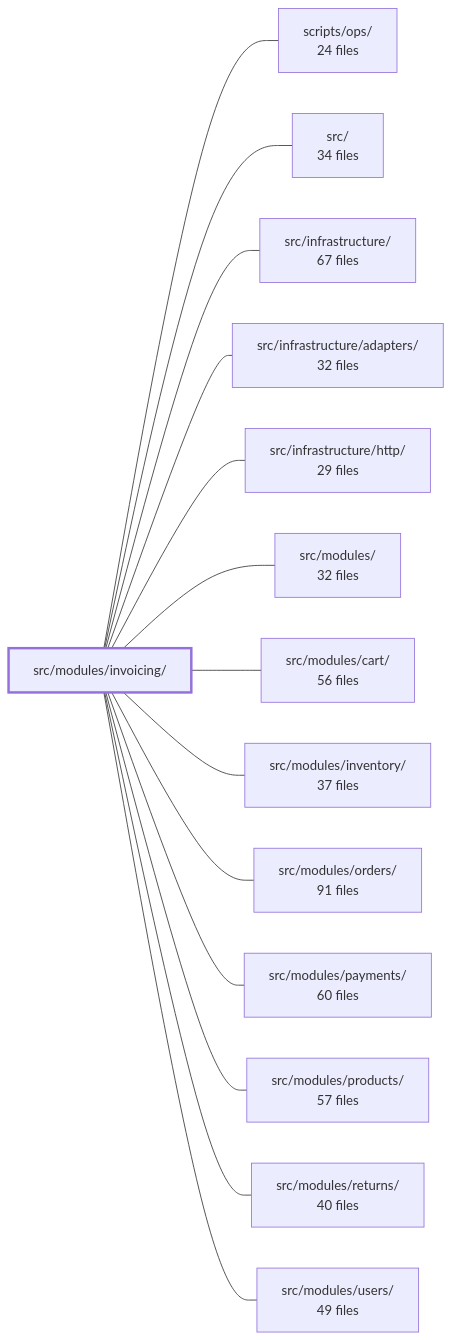
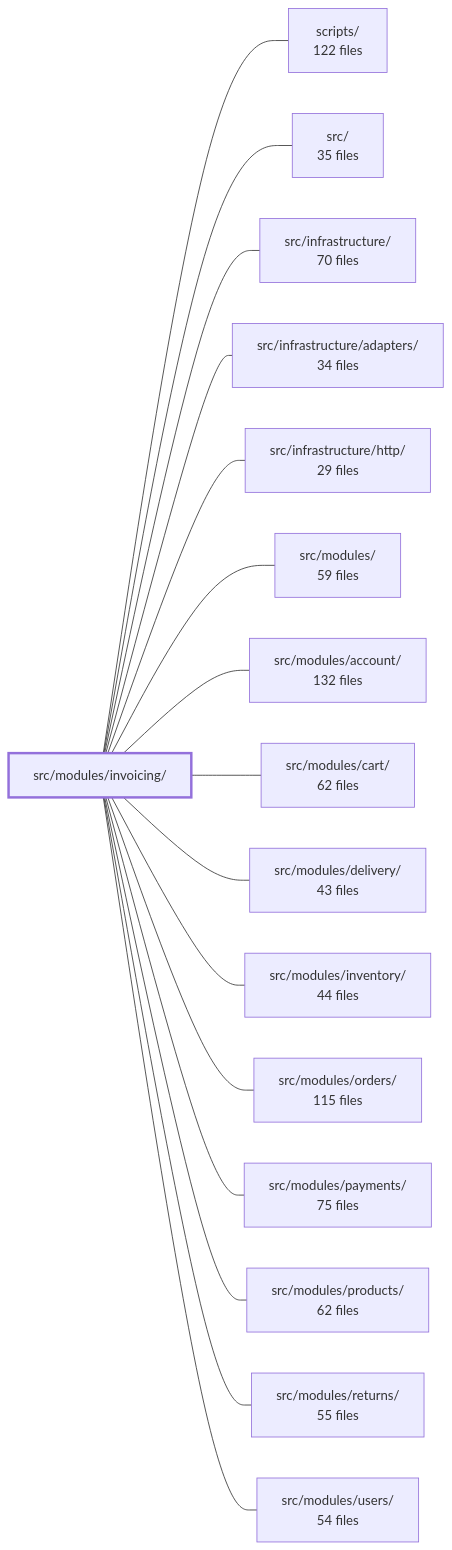
Before and after one commit to Guebbit/boilerplate-node-backend: the diagram in .2brain/modules/boilerplate-node-backend_src_modules_invoicing.md, drawn with Mermaid. The commit also changed other lines of this file and 627 other files, not shown here.

````diff
--- a/.2brain/modules/boilerplate-node-backend_src_modules_invoicing.md
+++ b/.2brain/modules/boilerplate-node-backend_src_modules_invoicing.md
@@ -46,31 +70,35 @@
 ```mermaid
 flowchart LR
     m_src_modules_invoicing["src/modules/invoicing/"]
-    m_scripts_ops["scripts/ops/<br/>24 files"]
-    m_src["src/<br/>34 files"]
-    m_src_infrastructure["src/infrastructure/<br/>67 files"]
-    m_src_infrastructure_adapters["src/infrastructure/adapters/<br/>32 files"]
+    m_scripts["scripts/<br/>122 files"]
+    m_src["src/<br/>35 files"]
+    m_src_infrastructure["src/infrastructure/<br/>70 files"]
+    m_src_infrastructure_adapters["src/infrastructure/adapters/<br/>34 files"]
     m_src_infrastructure_http["src/infrastructure/http/<br/>29 files"]
-    m_src_modules["src/modules/<br/>32 files"]
-    m_src_modules_cart["src/modules/cart/<br/>56 files"]
-    m_src_modules_inventory["src/modules/inventory/<br/>37 files"]
-    m_src_modules_orders["src/modules/orders/<br/>91 files"]
-    m_src_modules_payments["src/modules/payments/<br/>60 files"]
-    m_src_modules_products["src/modules/products/<br/>57 files"]
-    m_src_modules_returns["src/modules/returns/<br/>40 files"]
-    m_src_modules_users["src/modules/users/<br/>49 files"]
-    m_src_modules_invoicing --- m_scripts_ops
+    m_src_modules["src/modules/<br/>59 files"]
+    m_src_modules_account["src/modules/account/<br/>132 files"]
+    m_src_modules_cart["src/modules/cart/<br/>62 files"]
+    m_src_modules_delivery["src/modules/delivery/<br/>43 files"]
+    m_src_modules_inventory["src/modules/inventory/<br/>44 files"]
+    m_src_modules_orders["src/modules/orders/<br/>115 files"]
+    m_src_modules_payments["src/modules/payments/<br/>75 files"]
+    m_src_modules_products["src/modules/products/<br/>62 files"]
+    m_src_modules_returns["src/modules/returns/<br/>55 files"]
+    m_src_modules_users["src/modules/users/<br/>54 files"]
+    m_src_modules_invoicing --- m_scripts
     m_src_modules_invoicing --- m_src
     m_src_modules_invoicing --- m_src_infrastructure
     m_src_modules_invoicing --- m_src_infrastructure_adapters
     m_src_modules_invoicing --- m_src_infrastructure_http
     m_src_modules_invoicing --- m_src_modules
+    m_src_modules_invoicing --- m_src_modules_account
     m_src_modules_invoicing --- m_src_modules_cart
+    m_src_modules_invoicing --- m_src_modules_delivery
     m_src_modules_invoicing --- m_src_modules_inventory
     m_src_modules_invoicing --- m_src_modules_orders
     m_src_modules_invoicing --- m_src_modules_payments
     m_src_modules_invoicing --- m_src_modules_products
     m_src_modules_invoicing --- m_src_modules_returns
     m_src_modules_invoicing --- m_src_modules_users
     style m_src_modules_invoicing stroke-width:3px
 ```
````
